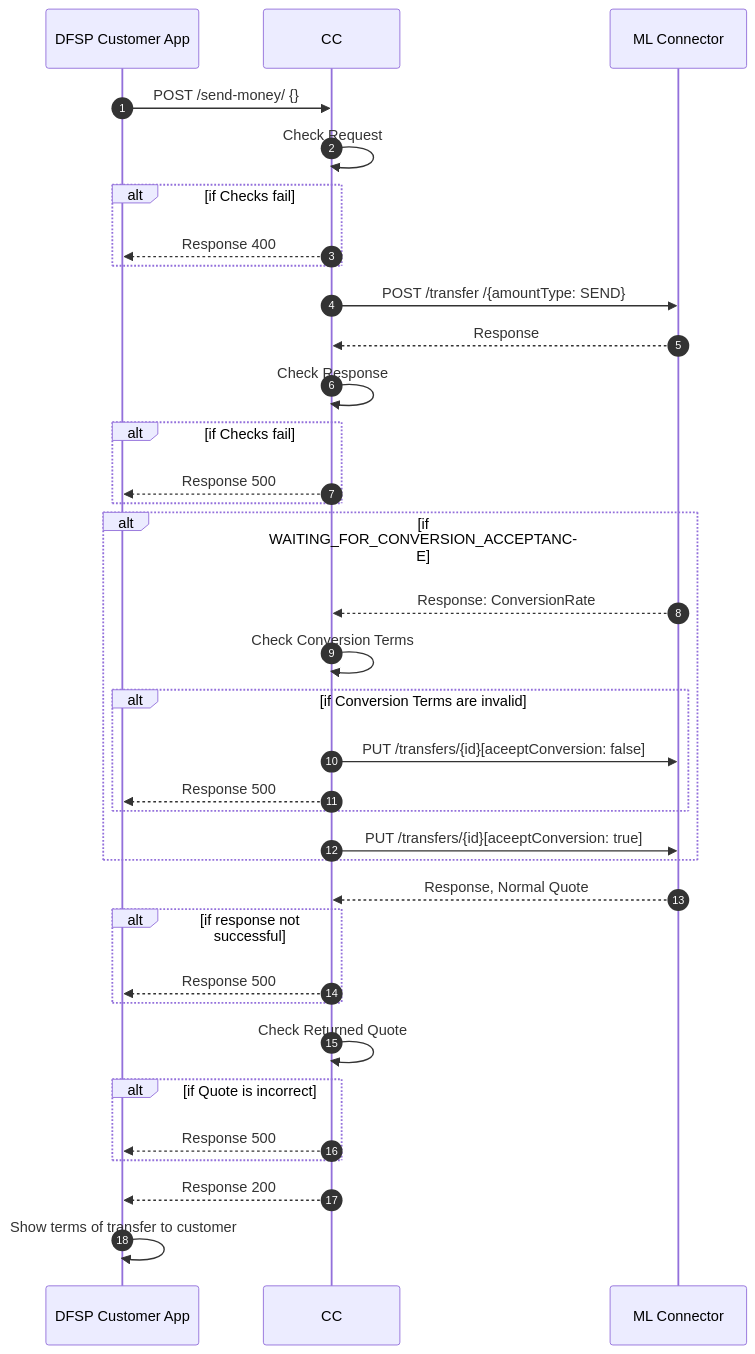
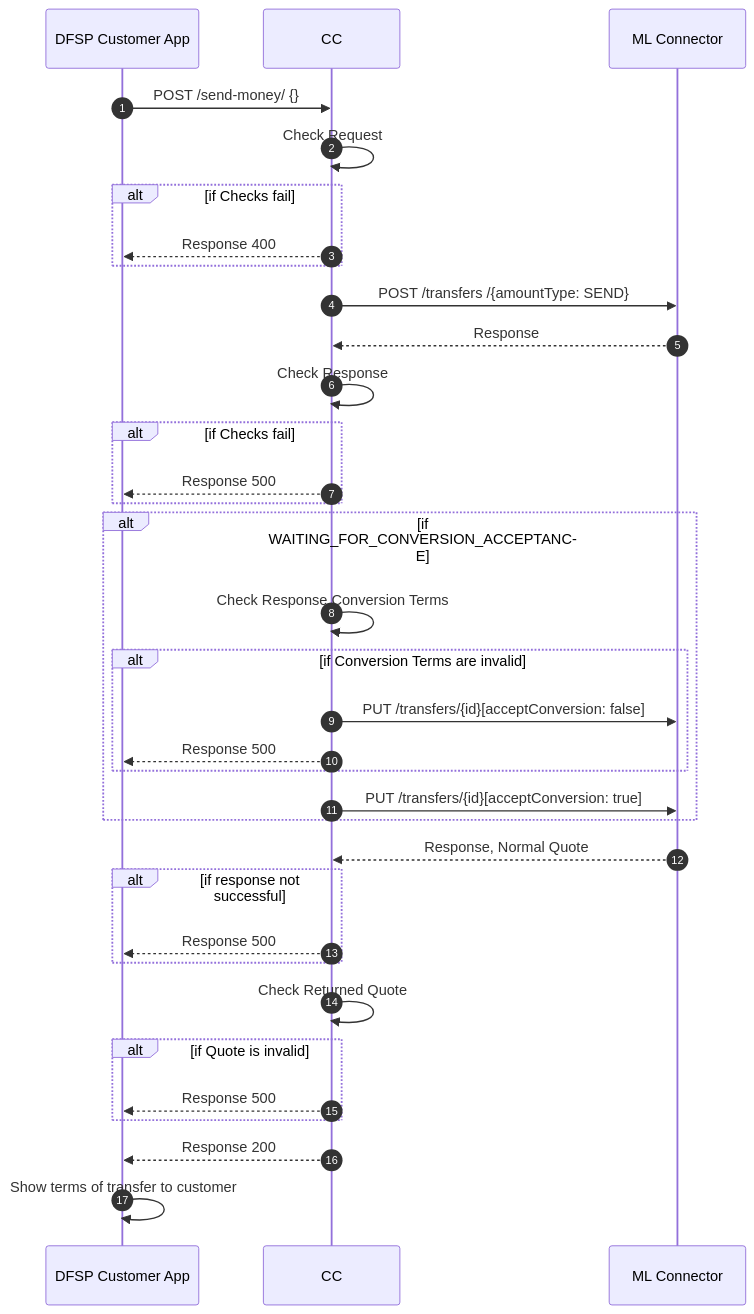
Before and after one commit to mojaloop/ml-reference-connectors: the diagram in core-connector-template/docs/payer-send-money.md, drawn with Mermaid. The commit also changed other lines of this file and 13 other files, not shown here.

````diff
--- a/core-connector-template/docs/payer-send-money.md
+++ b/core-connector-template/docs/payer-send-money.md
@@ -3,35 +3,34 @@
 ```mermaid
 sequenceDiagram
   autoNumber
   DFSP Customer App->>CC: POST /send-money/ {}
   CC->>CC: Check Request
   Alt if Checks fail
   CC-->>DFSP Customer App: Response 400
   End
-  CC->>ML Connector: POST /transfer /{amountType: SEND} 
+  CC->>ML Connector: POST /transfers /{amountType: SEND} 
   ML Connector-->>CC: Response
   CC->> CC: Check Response
   Alt if Checks fail
   CC-->>DFSP Customer App: Response 500
   End
 
   Alt if WAITING_FOR_CONVERSION_ACCEPTANCE
-  ML Connector-->>CC: Response: ConversionRate
-  CC->>CC: Check Conversion Terms
+  CC->>CC: Check Response Conversion Terms
   Alt if Conversion Terms are invalid
-  CC->>ML Connector: PUT /transfers/{id}[aceeptConversion: false]
+  CC->>ML Connector: PUT /transfers/{id}[acceptConversion: false]
   CC-->>DFSP Customer App: Response 500
   End
-  CC->>ML Connector: PUT /transfers/{id}[aceeptConversion: true]
+  CC->>ML Connector: PUT /transfers/{id}[acceptConversion: true]
   End
   ML Connector-->>CC:Response, Normal Quote
   Alt if response not successful
   CC-->>DFSP Customer App: Response 500
   End
   CC->>CC: Check Returned Quote
-  Alt if Quote is incorrect
+  Alt if Quote is invalid
   CC-->>DFSP Customer App: Response 500
   End
   CC-->>DFSP Customer App: Response 200
   DFSP Customer App->>DFSP Customer App:Show terms of transfer to customer
 ```
````
